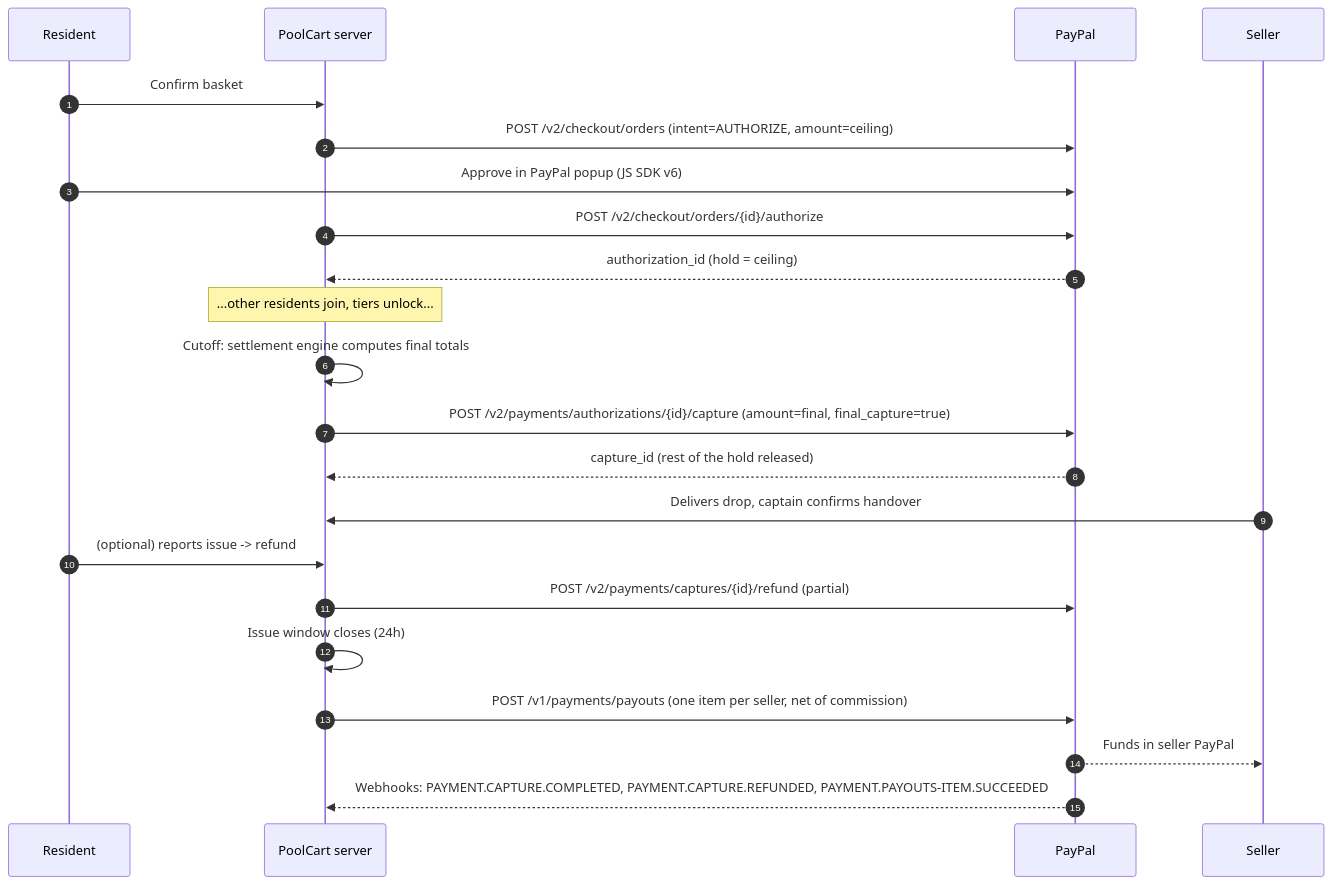
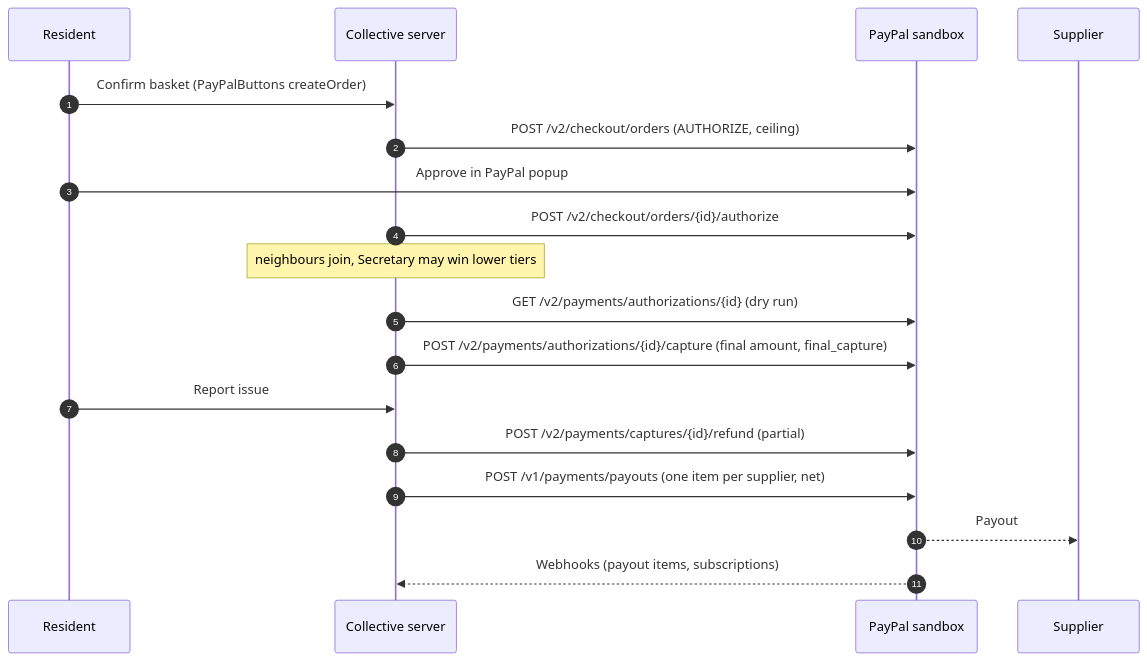
The fourth of 4 diagrams in docs/02-ARCHITECTURE.md (AnshumSingla/Paypal-AI), drawn with Mermaid before and after one commit. The commit also changed other lines of this file and 17 other files, not shown here.

First line of the commit message:
Docs match the code; Collective name inside PayPal; drop unused env vars

````diff
--- a/docs/02-ARCHITECTURE.md
+++ b/docs/02-ARCHITECTURE.md
@@ -201,25 +171,20 @@
 ```mermaid
 sequenceDiagram
   autonumber
   participant Res as Resident
-  participant App as PoolCart server
-  participant PP as PayPal
-  participant Sel as Seller
-
-  Res->>App: Confirm basket
-  App->>PP: POST /v2/checkout/orders (intent=AUTHORIZE, amount=ceiling)
-  Res->>PP: Approve in PayPal popup (JS SDK v6)
+  participant App as Collective server
+  participant PP as PayPal sandbox
+  participant Sup as Supplier
+  Res->>App: Confirm basket (PayPalButtons createOrder)
+  App->>PP: POST /v2/checkout/orders (AUTHORIZE, ceiling)
+  Res->>PP: Approve in PayPal popup
   App->>PP: POST /v2/checkout/orders/{id}/authorize
-  PP-->>App: authorization_id (hold = ceiling)
-  Note over App: ...other residents join, tiers unlock...
-  App->>App: Cutoff: settlement engine computes final totals
-  App->>PP: POST /v2/payments/authorizations/{id}/capture (amount=final, final_capture=true)
-  PP-->>App: capture_id (rest of the hold released)
-  Sel->>App: Delivers drop, captain confirms handover
-  Res->>App: (optional) reports issue -> refund
+  Note over App: neighbours join, Secretary may win lower tiers
+  App->>PP: GET /v2/payments/authorizations/{id} (dry run)
+  App->>PP: POST /v2/payments/authorizations/{id}/capture (final amount, final_capture)
+  Res->>App: Report issue
   App->>PP: POST /v2/payments/captures/{id}/refund (partial)
-  App->>App: Issue window closes (24h)
-  App->>PP: POST /v1/payments/payouts (one item per seller, net of commission)
-  PP-->>Sel: Funds in seller PayPal
-  PP-->>App: Webhooks: PAYMENT.CAPTURE.COMPLETED, PAYMENT.CAPTURE.REFUNDED, PAYMENT.PAYOUTS-ITEM.SUCCEEDED
+  App->>PP: POST /v1/payments/payouts (one item per supplier, net)
+  PP-->>Sup: Payout
+  PP-->>App: Webhooks (payout items, subscriptions)
 ```
````
